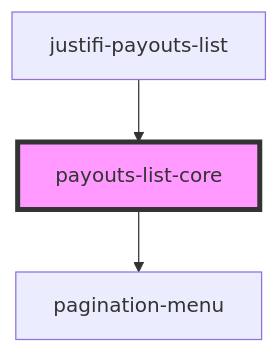
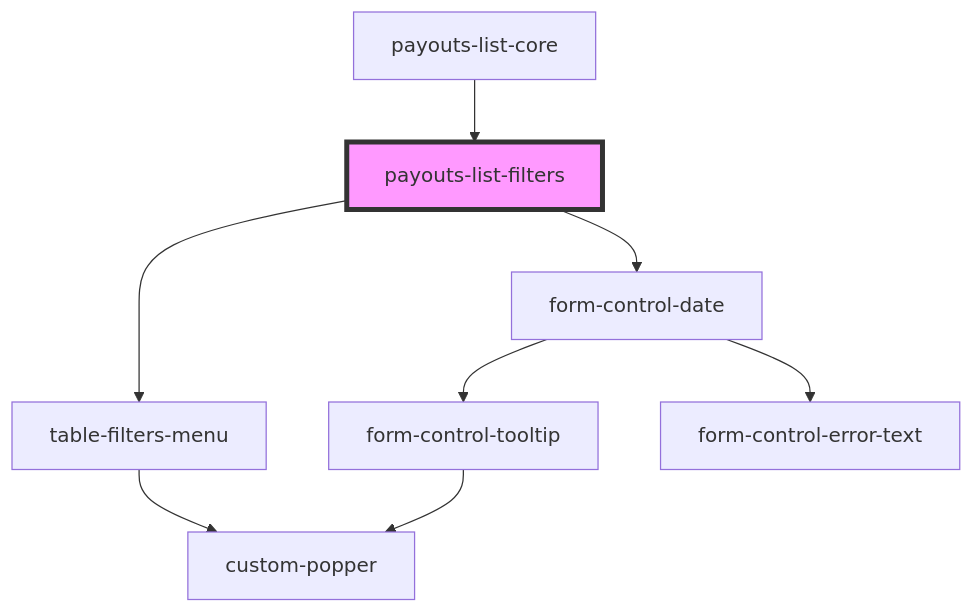
The diagram in packages/webcomponents/src/components/payouts-list/readme.md (justifi-tech/web-component-library), drawn with Mermaid before and after one commit. The commit also changed other lines of this file and 7 other files, not shown here.

Commit message:
Add filter menu to payouts-list

````diff
--- a/packages/webcomponents/src/components/payouts-list/readme.md
+++ b/packages/webcomponents/src/components/payouts-list/readme.md
@@ -47,6 +29,11 @@
 ```mermaid
 graph TD;
-  payouts-list-core --> pagination-menu
-  justifi-payouts-list --> payouts-list-core
-  style payouts-list-core fill:#f9f,stroke:#333,stroke-width:4px
+  payouts-list-filters --> table-filters-menu
+  payouts-list-filters --> form-control-date
+  table-filters-menu --> custom-popper
+  form-control-date --> form-control-tooltip
+  form-control-date --> form-control-error-text
+  form-control-tooltip --> custom-popper
+  payouts-list-core --> payouts-list-filters
+  style payouts-list-filters fill:#f9f,stroke:#333,stroke-width:4px
 ```
````
